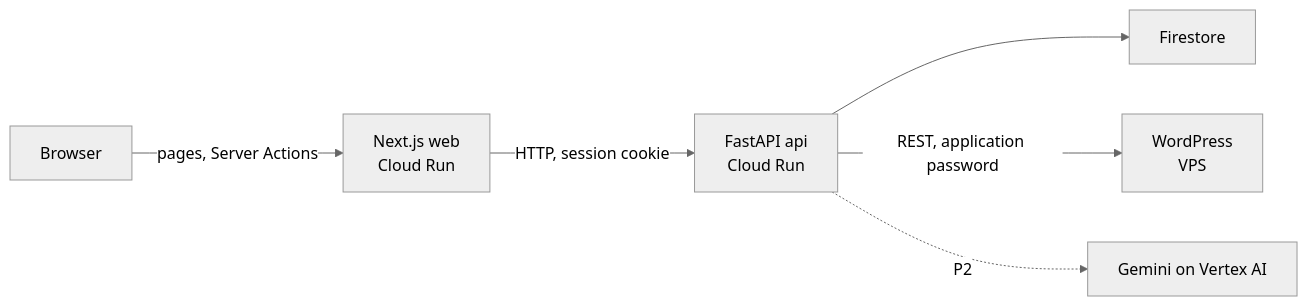
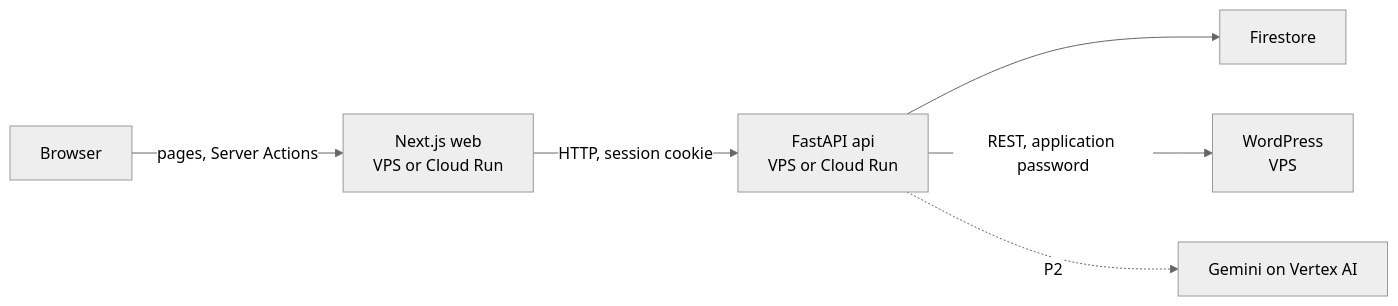
Before and after one commit to ifindev/content-importer-adaptify: the diagram in docs/architecture.md, drawn with Mermaid (neutral theme). The commit also changed other lines of this file and 1 other file, not shown here.

````diff
--- a/docs/architecture.md
+++ b/docs/architecture.md
@@ -7,8 +7,8 @@
 ```mermaid
 flowchart LR
-    Browser -->|pages, Server Actions| Web[Next.js web<br/>Cloud Run]
-    Web -->|HTTP, session cookie| API[FastAPI api<br/>Cloud Run]
+    Browser -->|pages, Server Actions| Web[Next.js web<br/>VPS or Cloud Run]
+    Web -->|HTTP, session cookie| API[FastAPI api<br/>VPS or Cloud Run]
     API --> Firestore
     API -->|REST, application password| WordPress[WordPress<br/>VPS]
     API -.->|P2| Vertex[Gemini on Vertex AI]
 ```
````
